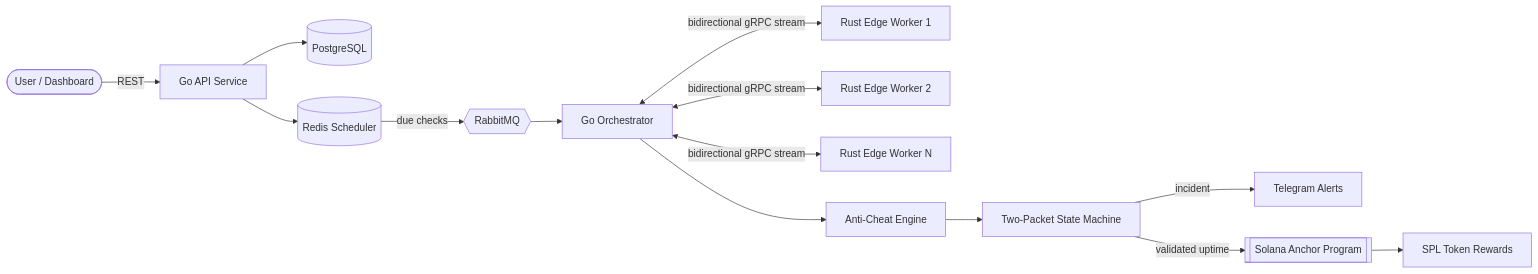
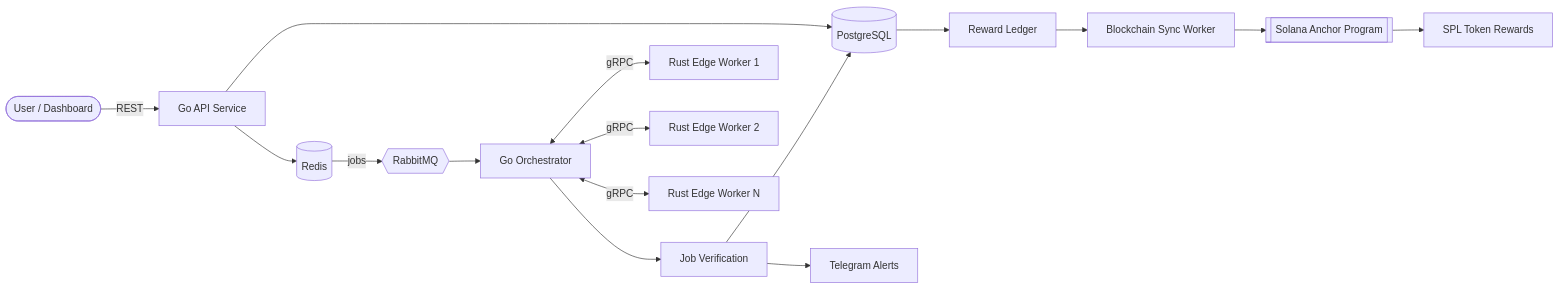
One commit to everestp/everestp changed the diagram in README.md. Above: the diagram before and after it, drawn with Mermaid. The commit also changed other lines of this file, not shown here.

````diff
--- a/README.md
+++ b/README.md
@@ -295,16 +278,22 @@
 ```mermaid
 flowchart LR
     U([User / Dashboard]) -->|REST| API[Go API Service]
     API --> PG[(PostgreSQL)]
-    API --> R[(Redis Scheduler)]
-    R -->|due checks| MQ{{RabbitMQ}}
+    API --> R[(Redis)]
+    R -->|jobs| MQ{{RabbitMQ}}
     MQ --> S[Go Orchestrator]
-    S <-->|bidirectional gRPC stream| W1[Rust Edge Worker 1]
-    S <-->|bidirectional gRPC stream| W2[Rust Edge Worker 2]
-    S <-->|bidirectional gRPC stream| W3[Rust Edge Worker N]
-    S --> AC[Anti-Cheat Engine]
-    AC --> SM[Two-Packet State Machine]
-    SM -->|incident| TG[Telegram Alerts]
-    SM -->|validated uptime| SOL[[Solana Anchor Program]]
-    SOL --> RW[SPL Token Rewards]
+
+    S <-->|gRPC| W1[Rust Edge Worker 1]
+    S <-->|gRPC| W2[Rust Edge Worker 2]
+    S <-->|gRPC| W3[Rust Edge Worker N]
+
+    S --> V[Job Verification]
+    V --> PG
+
+    PG --> RW[Reward Ledger]
+    RW --> SYNC[Blockchain Sync Worker]
+    SYNC --> SOL[[Solana Anchor Program]]
+    SOL --> TOKEN[SPL Token Rewards]
+
+    V --> TG[Telegram Alerts]
 ```
````
